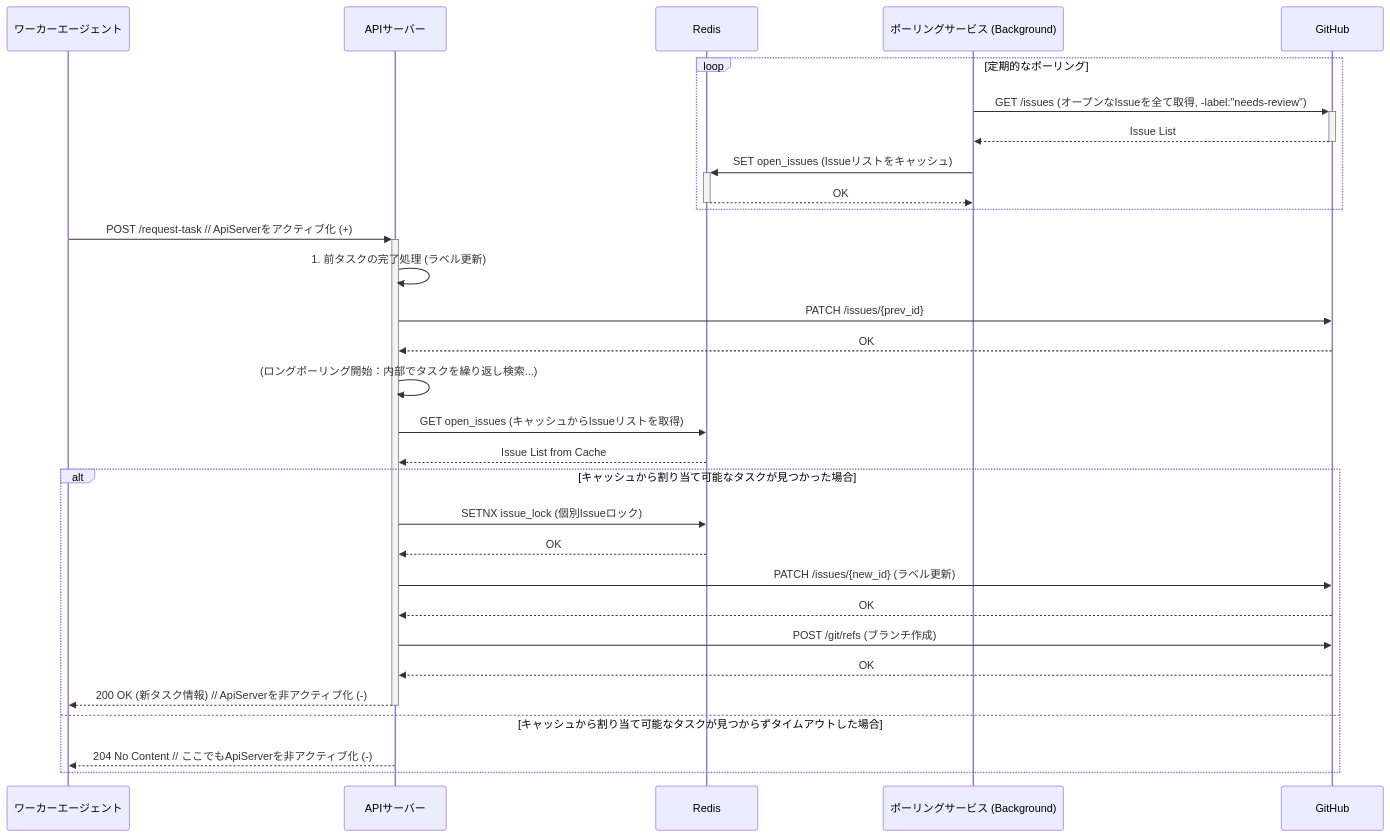
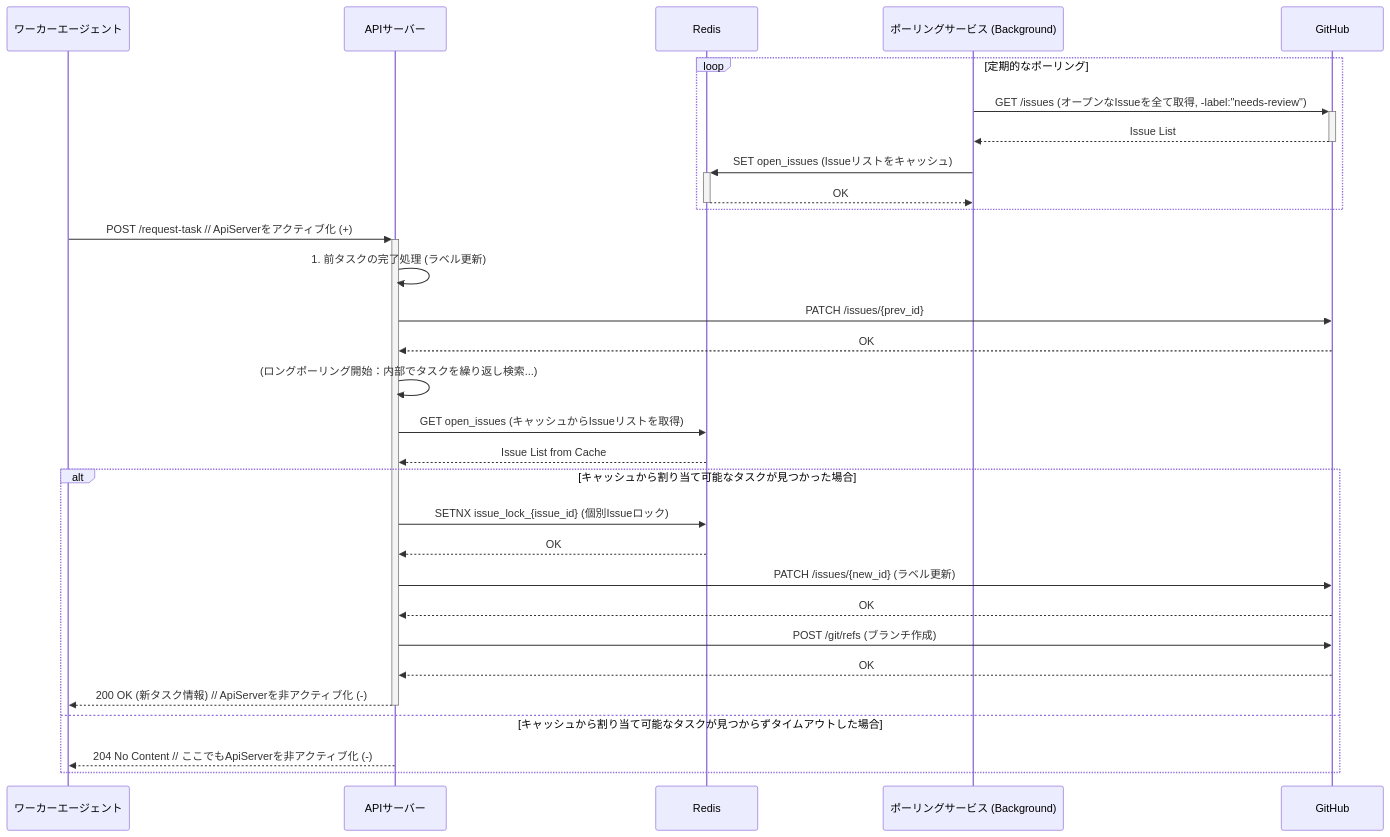
Before and after one commit to masa-codehub/github_broker: the second of 2 diagrams in docs/architecture/system_context.md, drawn with Mermaid. The commit also changed 4 other files, not shown here.

Commit message:
docs: address review comments for testing strategy and architecture docs

````diff
--- a/docs/architecture/system_context.md
+++ b/docs/architecture/system_context.md
@@ -175,36 +175,36 @@
 ```mermaid
 sequenceDiagram
     participant Worker as ワーカーエージェント
     participant ApiServer as APIサーバー
     participant Redis
     participant PollingService as ポーリングサービス (Background)
     participant GitHub
 
     loop 定期的なポーリング
         PollingService->>+GitHub: GET /issues (オープンなIssueを全て取得, -label:"needs-review")
         GitHub-->>-PollingService: Issue List
         PollingService->>+Redis: SET open_issues (Issueリストをキャッシュ)
         Redis-->>-PollingService: OK
     end
 
     Worker->>+ApiServer: POST /request-task // ApiServerをアクティブ化 (+)
     ApiServer->>ApiServer: 1. 前タスクの完了処理 (ラベル更新)
     ApiServer->>GitHub: PATCH /issues/{prev_id}
     GitHub-->>ApiServer: OK
 
     ApiServer->>ApiServer: (ロングポーリング開始：内部でタスクを繰り返し検索...)
     ApiServer->>Redis: GET open_issues (キャッシュからIssueリストを取得)
     Redis-->>ApiServer: Issue List from Cache
 
     alt キャッシュから割り当て可能なタスクが見つかった場合
-        ApiServer->>Redis: SETNX issue_lock (個別Issueロック)
+        ApiServer->>Redis: SETNX issue_lock_{issue_id} (個別Issueロック)
         Redis-->>ApiServer: OK
         ApiServer->>GitHub: PATCH /issues/{new_id} (ラベル更新)
         GitHub-->>ApiServer: OK
         ApiServer->>GitHub: POST /git/refs (ブランチ作成)
         GitHub-->>ApiServer: OK
         ApiServer-->>-Worker: 200 OK (新タスク情報) // ApiServerを非アクティブ化 (-)
     else キャッシュから割り当て可能なタスクが見つからずタイムアウトした場合
         ApiServer-->>Worker: 204 No Content // ここでもApiServerを非アクティブ化 (-)
     end
 ```
````
